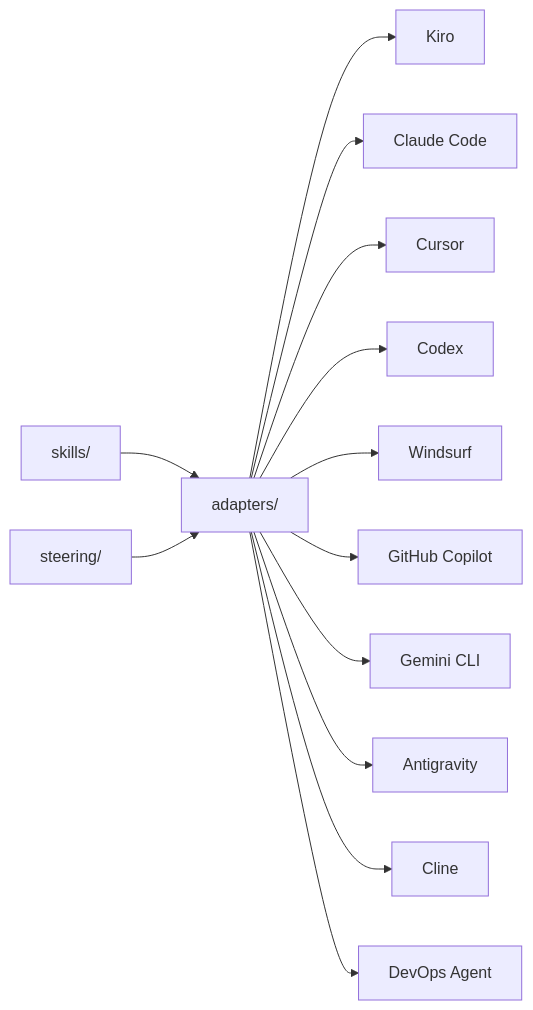
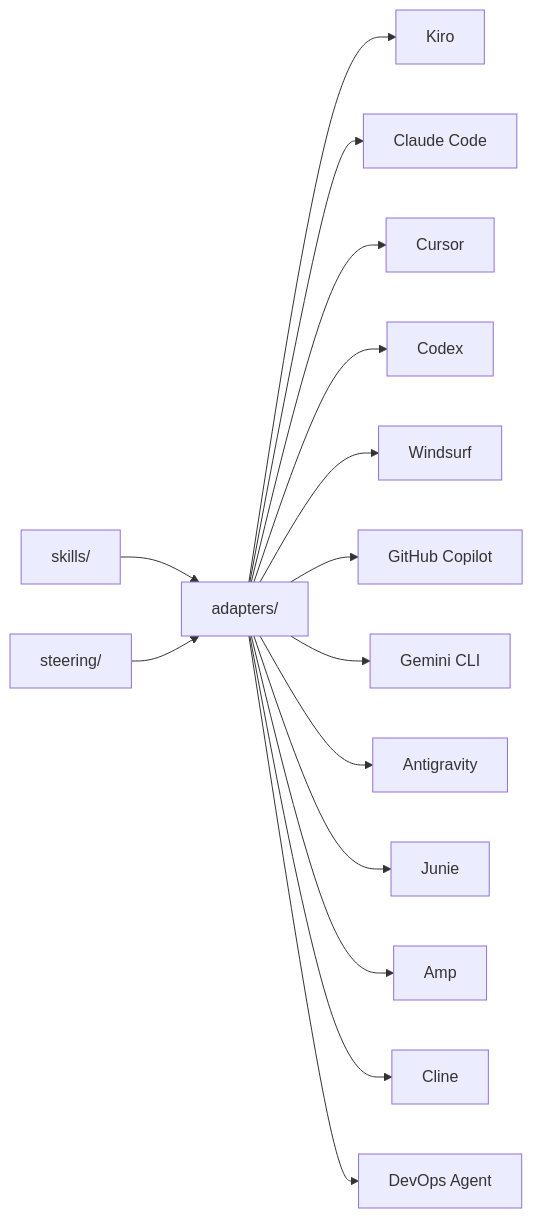
One commit to aws-samples/sample-well-architected-skills-and-steering changed the diagram in README.md. Above: the diagram before and after it, drawn with Mermaid. The commit also changed other lines of this file and 3 other files, not shown here.

First line of the commit message:
Add Junie (JetBrains) and Amp adapters

````diff
--- a/README.md
+++ b/README.md
@@ -214,15 +238,17 @@
 ```mermaid
 graph LR
     S[skills/] --> A[adapters/]
     ST[steering/] --> A
     A --> K[Kiro]
     A --> CC[Claude Code]
     A --> CU[Cursor]
     A --> CO[Codex]
     A --> W[Windsurf]
     A --> GH[GitHub Copilot]
     A --> G[Gemini CLI]
     A --> AG[Antigravity]
+    A --> J[Junie]
+    A --> AM[Amp]
     A --> CL[Cline]
     A --> DA[DevOps Agent]
 ```
````
